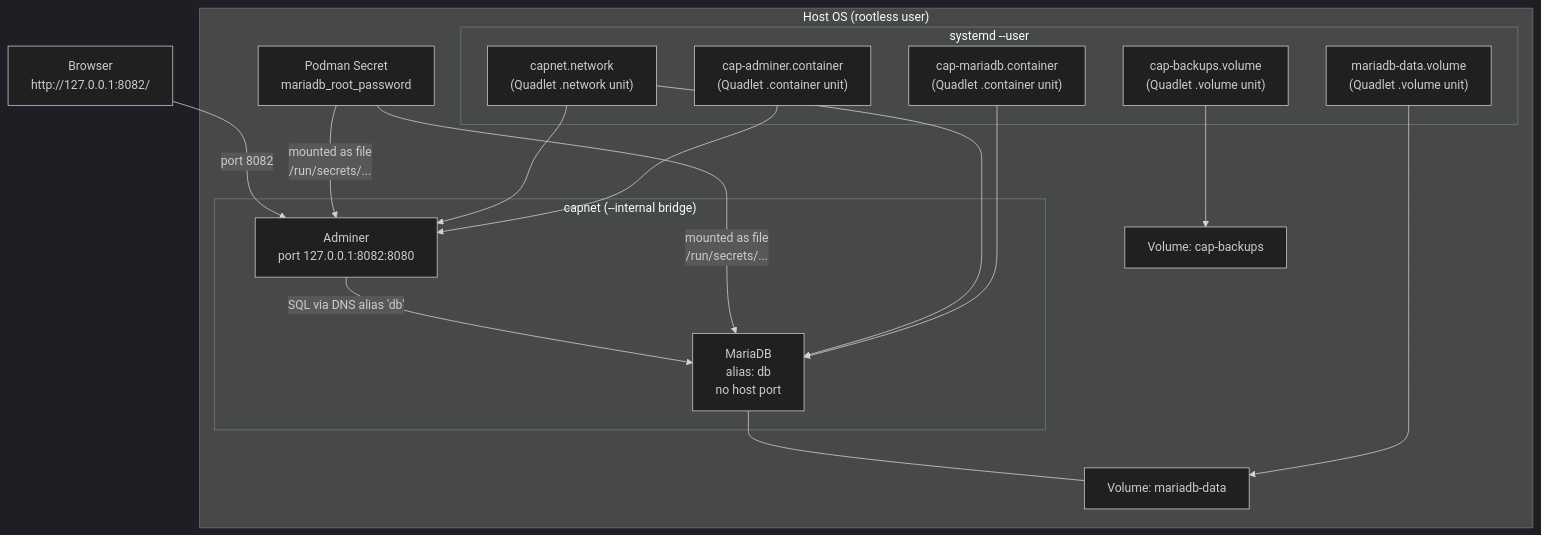
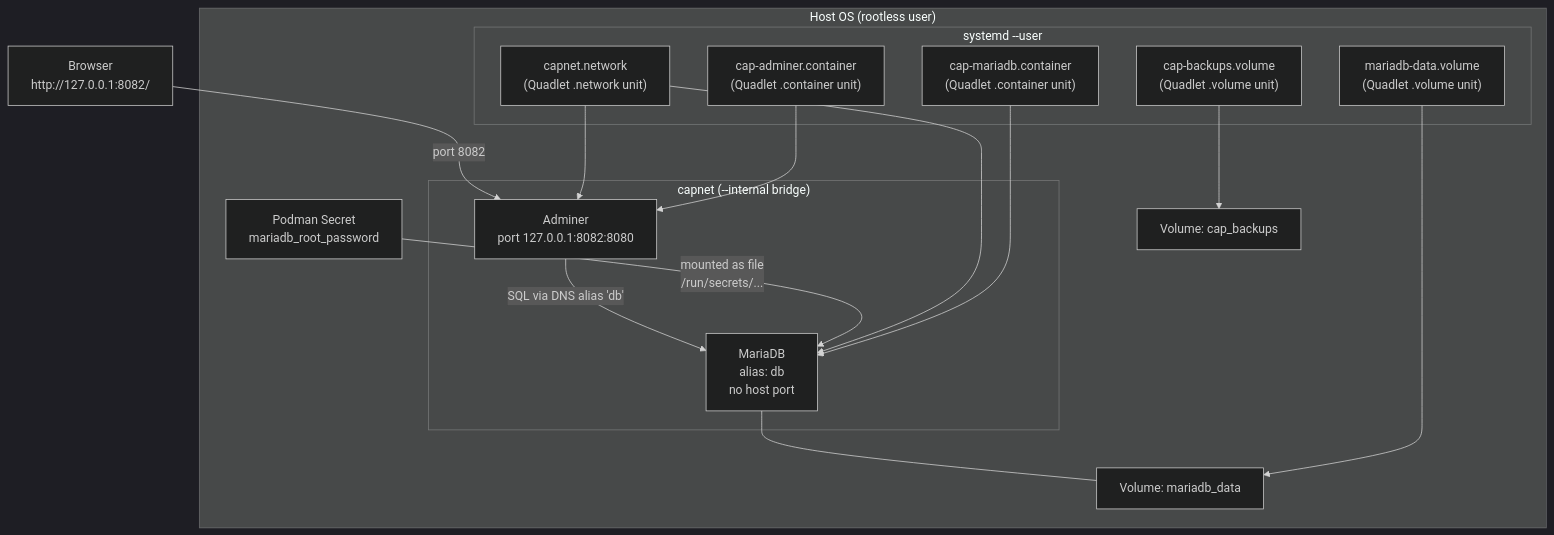
The first of 4 diagrams in modules/80-capstone.md (UncleJS/course_podman), drawn with Mermaid (dark theme) before and after one commit. The commit also changed other lines of this file and 58 other files, not shown here.

````diff
--- a/modules/80-capstone.md
+++ b/modules/80-capstone.md
@@ -87,30 +87,29 @@
 ```mermaid
 flowchart TD
     subgraph "Host OS (rootless user)"
         subgraph "systemd --user"
             QN["capnet.network<br/>(Quadlet .network unit)"]
             QV["mariadb-data.volume<br/>(Quadlet .volume unit)"]
             QBV["cap-backups.volume<br/>(Quadlet .volume unit)"]
             QDB["cap-mariadb.container<br/>(Quadlet .container unit)"]
             QUI["cap-adminer.container<br/>(Quadlet .container unit)"]
         end
         subgraph "capnet (--internal bridge)"
             DB["MariaDB<br/>alias: db<br/>no host port"]
             UI["Adminer<br/>port 127.0.0.1:8082:8080"]
         end
         SEC["Podman Secret<br/>mariadb_root_password"]
-        VOL["Volume: mariadb-data"]
-        BVOL["Volume: cap-backups"]
+        VOL["Volume: mariadb_data"]
+        BVOL["Volume: cap_backups"]
     end
     BROWSER["Browser<br/>http://127.0.0.1:8082/"] -->|"port 8082"| UI
     UI -->|"SQL via DNS alias 'db'"| DB
     DB --- VOL
     SEC -->|"mounted as file<br/>/run/secrets/..."| DB
-    SEC -->|"mounted as file<br/>/run/secrets/..."| UI
     QN --> DB
     QN --> UI
     QV --> VOL
     QBV --> BVOL
     QDB --> DB
     QUI --> UI
 ```
````
